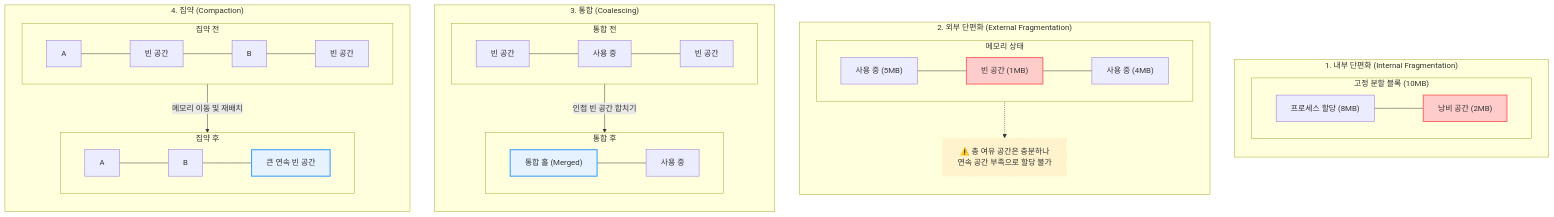
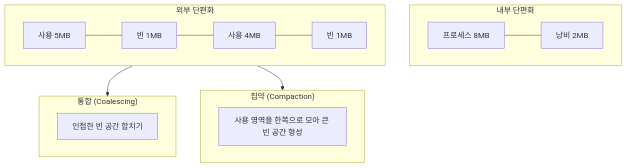
The diagram in content/01_IT Tech/단편화.md (supremethumb/supremethumb.github.io), drawn with Mermaid before and after one commit. The commit also changed other lines of this file and 1087 other files, not shown here.

````diff
--- a/content/01_IT Tech/단편화.md
+++ b/content/01_IT Tech/단편화.md
@@ -25,57 +37,21 @@
 ```mermaid
 flowchart TB
-    %% 1. 내부 단편화
-    subgraph G1["1. 내부 단편화 (Internal Fragmentation)"]
-        direction TB
-        subgraph B1["고정 분할 블록 (10MB)"]
-            direction LR
-            P1["프로세스 할당 (8MB)"] --- W1["낭비 공간 (2MB)"]
-        end
+    subgraph IN["내부 단편화"]
+        direction LR
+        P1["프로세스 8MB"] --- W1["낭비 2MB"]
     end
-
-    %% 2. 외부 단편화
-    subgraph G2["2. 외부 단편화 (External Fragmentation)"]
-        direction TB
-        subgraph B2["메모리 상태"]
-            direction LR
-            U2_1["사용 중 (5MB)"] --- H2_1["빈 공간 (1MB)"] --- U2_2["사용 중 (4MB)"]
-        end
-        N2["⚠️ 총 여유 공간은 충분하나<br/>연속 공간 부족으로 할당 불가"]
-        B2 -.-> N2
+    subgraph EX["외부 단편화"]
+        direction LR
+        U1["사용 5MB"] --- H1["빈 1MB"] --- U2["사용 4MB"] --- H2["빈 1MB"]
     end
-
-    %% 3. 통합
-    subgraph G3["3. 통합 (Coalescing)"]
-        direction TB
-        subgraph B3_Pre["통합 전"]
-            direction LR
-            H3_1["빈 공간"] --- U3_1["사용 중"] --- H3_2["빈 공간"]
-        end
-        subgraph B3_Post["통합 후"]
-            direction LR
-            H3_Merged["통합 홀 (Merged)"] --- U3_2["사용 중"]
-        end
-        B3_Pre -->|"인접 빈 공간 합치기"| B3_Post
+    subgraph CO["통합 (Coalescing)"]
+        direction LR
+        C1["인접한 빈 공간 합치기"]
     end
-
-    %% 4. 집약
-    subgraph G4["4. 집약 (Compaction)"]
-        direction TB
-        subgraph B4_Pre["집약 전"]
-            direction LR
-            P4_A1["A"] --- H4_1["빈 공간"] --- P4_B1["B"] --- H4_2["빈 공간"]
-        end
-        subgraph B4_Post["집약 후"]
-            direction LR
-            P4_A2["A"] --- P4_B2["B"] --- H4_Merged["큰 연속 빈 공간"]
-        end
-        B4_Pre -->|"메모리 이동 및 재배치"| B4_Post
+    subgraph CP["집약 (Compaction)"]
+        direction LR
+        C2["사용 영역을 한쪽으로 모아 큰 빈 공간 형성"]
     end
-
-    %% 스타일 정의
-    style W1 fill:#ffcccc,stroke:#ff6666,stroke-width:2px
-    style H2_1 fill:#ffcccc,stroke:#ff6666,stroke-width:2px
-    style H3_Merged fill:#e6f3ff,stroke:#3399ff,stroke-width:2px
-    style H4_Merged fill:#e6f3ff,stroke:#3399ff,stroke-width:2px
-    style N2 fill:#fff3cd,stroke:#ffeeba,stroke-dasharray: 5 5
+    EX --> CO
+    EX --> CP
 ```
````
